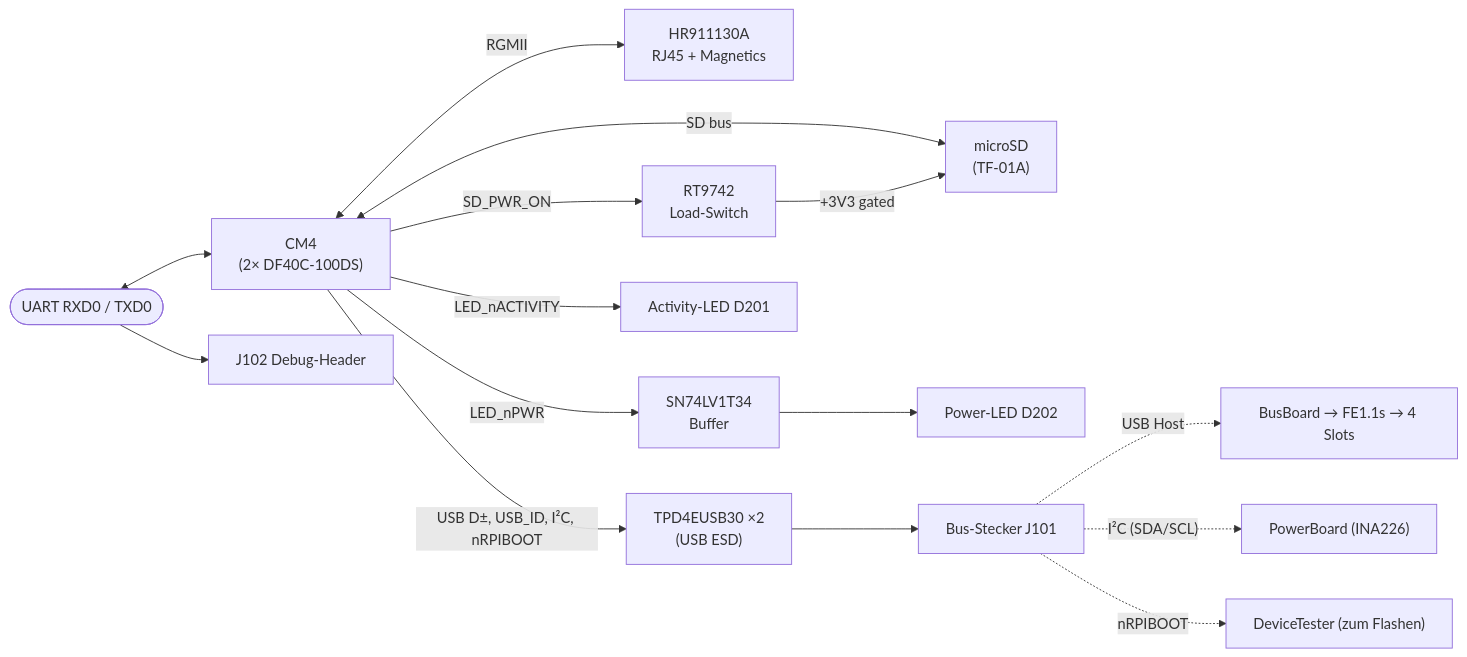
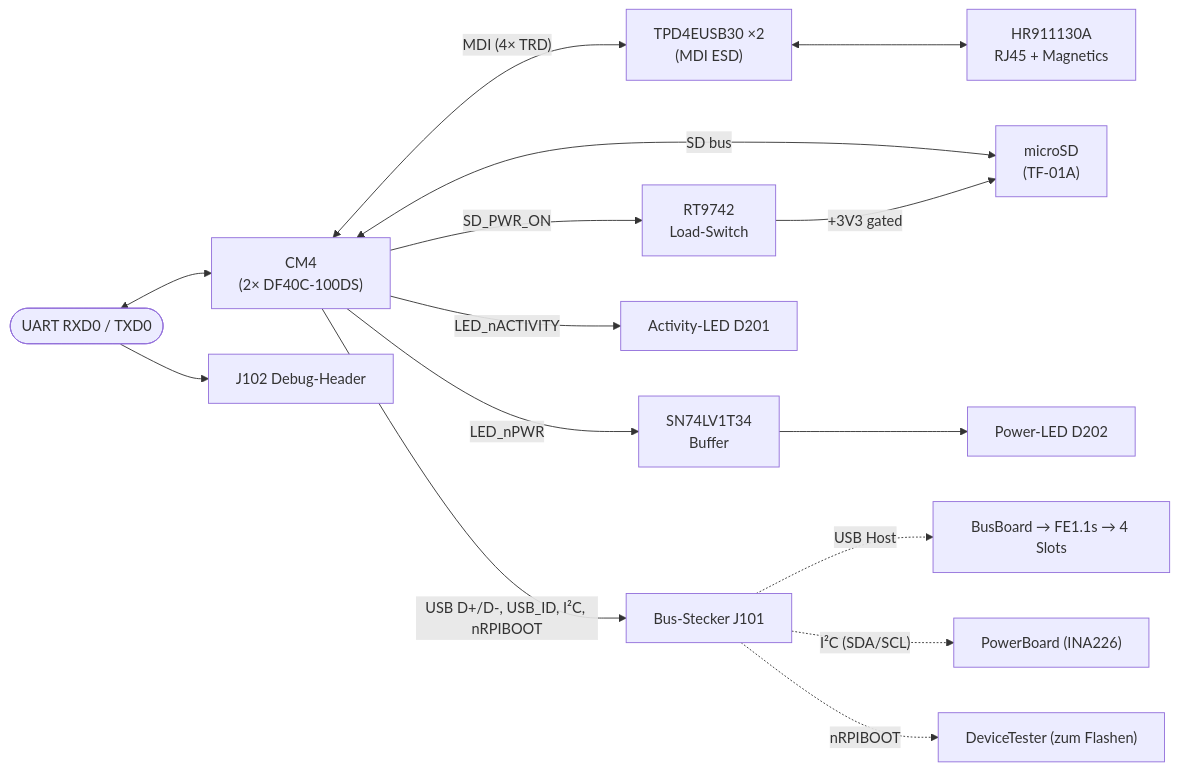
Before and after one commit to OE5XRX/HW-Module-CM4Carrier: the diagram in doc/index.md, drawn with Mermaid. The commit also changed other lines of this file, not shown here.

First paragraph of the commit message:
fix(docs): adressiere 4 weitere Copilot-Findings (RGMII/TPD4EUSB30/Boot-Order/Unicode)
Copilot-Review hatte auf PR #4 vier valide Findings hinterlassen, die nun
in dieser bereits offenen PR mit-adressiert werden:

````diff
--- a/doc/index.md
+++ b/doc/index.md
@@ -31,21 +31,21 @@
 ```mermaid
 flowchart LR
     CM4["CM4<br/>(2× DF40C-100DS)"]
-    CM4 <-->|"RGMII"| RJ45["HR911130A<br/>RJ45 + Magnetics"]
+    CM4 <-->|"MDI (4× TRD)"| ESDeth["TPD4EUSB30 ×2<br/>(MDI ESD)"]
+    ESDeth <--> RJ45["HR911130A<br/>RJ45 + Magnetics"]
     CM4 <-->|"SD bus"| SD["microSD<br/>(TF-01A)"]
     CM4 -->|"SD_PWR_ON"| LS["RT9742<br/>Load-Switch"]
     LS -->|"+3V3 gated"| SD
     CM4 -->|"LED_nPWR"| Buf["SN74LV1T34<br/>Buffer"]
     Buf --> LEDp["Power-LED D202"]
     CM4 -->|"LED_nACTIVITY"| LEDa["Activity-LED D201"]
 
-    CM4 -->|"USB D±, USB_ID, I²C, nRPIBOOT"| ESD["TPD4EUSB30 ×2<br/>(USB ESD)"]
-    ESD --> Bus["Bus-Stecker J101"]
+    CM4 -->|"USB D+/D-, USB_ID, I²C, nRPIBOOT"| Bus["Bus-Stecker J101"]
 
     UART(["UART RXD0 / TXD0"]) <--> CM4
     UART --> J102["J102 Debug-Header"]
 
     Bus -.->|"USB Host"| BB["BusBoard → FE1.1s → 4 Slots"]
     Bus -.->|"I²C (SDA/SCL)"| PB["PowerBoard (INA226)"]
     Bus -.->|"nRPIBOOT"| DT["DeviceTester (zum Flashen)"]
 ```
````
